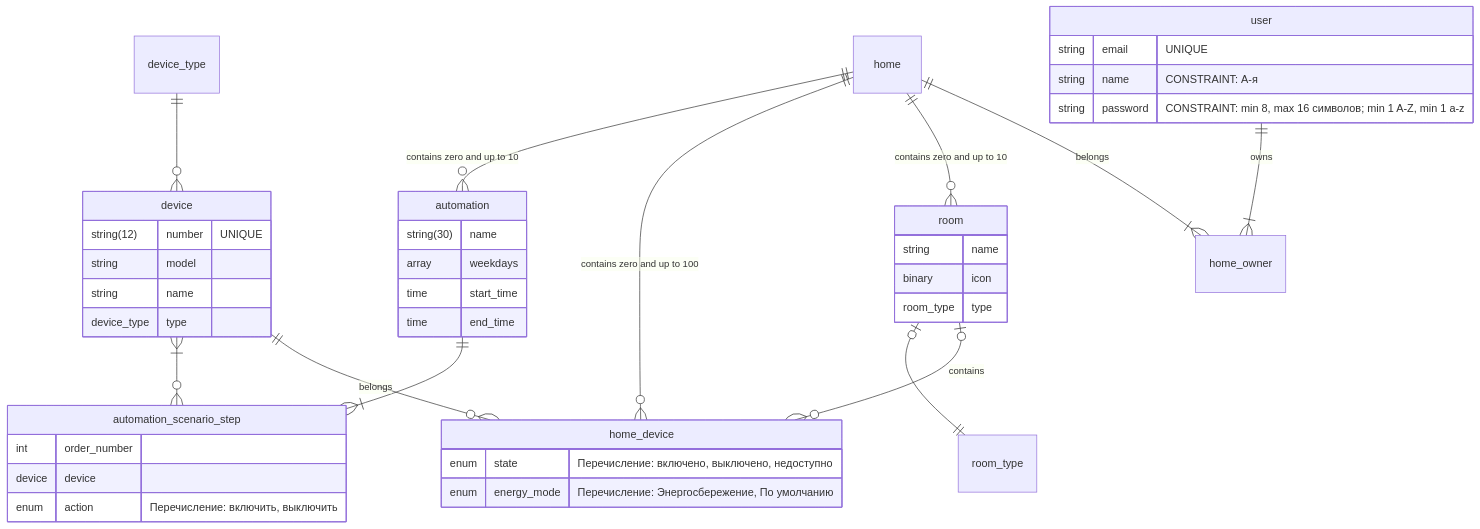
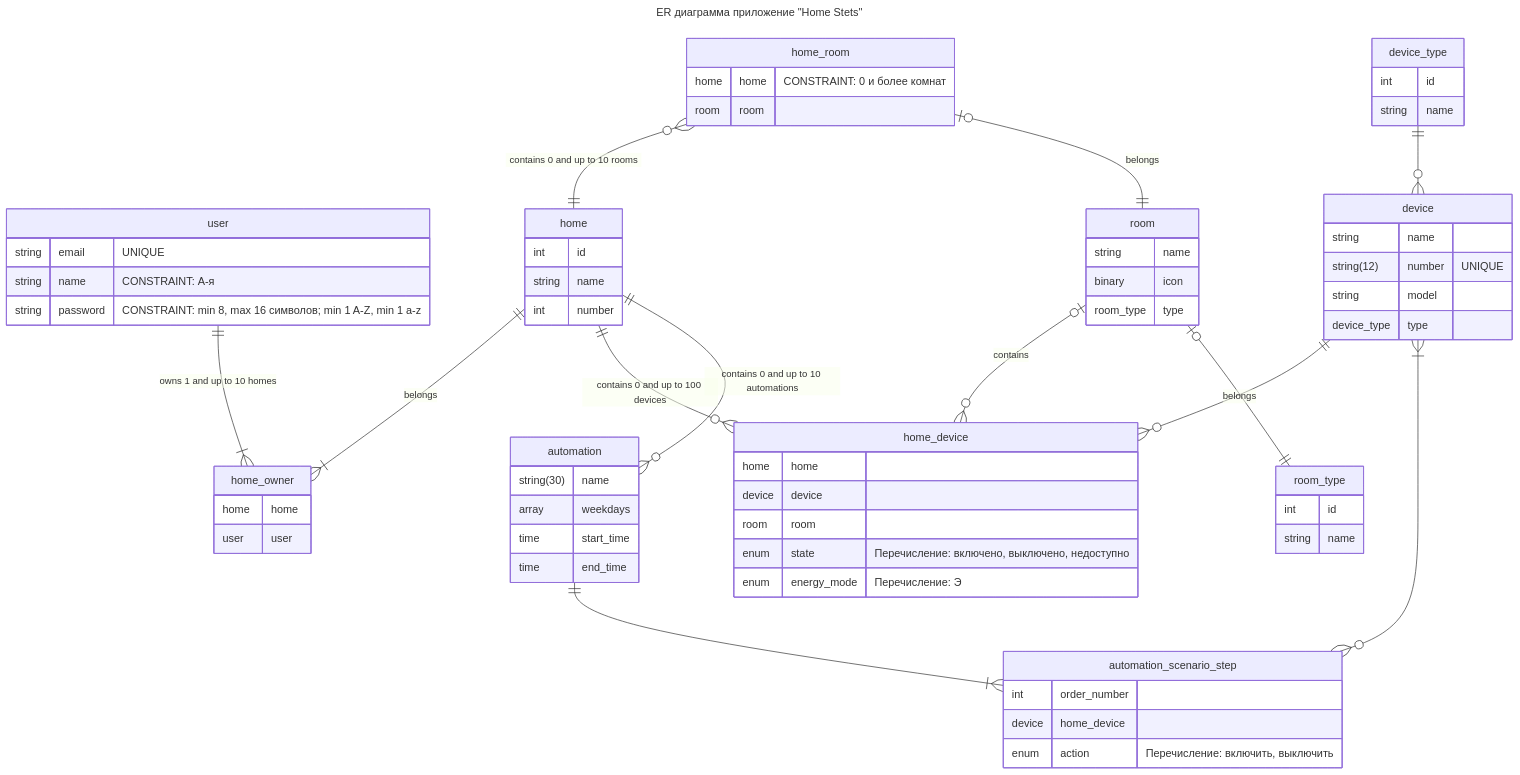
One commit to oleshko-g/sa_cases changed the diagram in HARD/yandex-practicum-diploma-project/# spec.md. Above: the diagram before and after it, drawn with Mermaid. The commit also changed other lines of this file, not shown here.

Commit message:
Доработать словарь данных && Доработать ERD

````diff
--- a/HARD/yandex-practicum-diploma-project/# spec.md
+++ b/HARD/yandex-practicum-diploma-project/# spec.md
@@ -31,54 +34,89 @@
 ```mermaid
+---
+   title: ER диаграмма приложение "Home Stets"
+---
 erDiagram
    user {
-      string email "UNIQUE"
-      string name "CONSTRAINT: А-я"
-      string password "CONSTRAINT: min 8, max 16 символов; min 1 A-Z, min 1 a-z"
+      string      email "UNIQUE"
+      string      name "CONSTRAINT: А-я"
+      string      password "CONSTRAINT: min 8, max 16 символов; min 1 A-Z, min 1 a-z"
    }
-   room { 
-      string name
-      binary icon
-      room_type type
+
+   home {
+      int         id
+      string      name
+      int         number
    }
-   room_type {}
+
+   home_owner {
+      home        home
+      user        user
+   }
+
+   device_type {
+      int         id
+      string      name
+   }
+
    device {
-      string(12) number "UNIQUE"
-      string model
-      string name
+      string      name
+      string(12)  number "UNIQUE"
+      string      model
       device_type type
    }
-   home {}
-   automation {
-      string(30) name
-      array weekdays
-      time start_time
-      time end_time
-   }
-   automation_scenario_step {
-      int order_number
-      device device
-      enum action "Перечисление: включить, выключить"
-   }
-   home_owner {}
+
+
    home_device {
-   enum state "Перечисление: включено, выключено, недоступно"
-   enum energy_mode "Перечисление: Энергосбережение, По умолчанию"
+      home        home
+      device      device
+      room        room
+      enum        state "Перечисление: включено, выключено, недоступно"
+      enum        energy_mode "Перечисление: Э"
    }
 
-   device_type
+   room_type {
+      int         id
+      string      name
+   }
 
-   user ||--|{ home_owner : owns
+   room {      
+      string      name
+      binary      icon
+      room_type   type
+   }
+
+   home_room {
+      home home "CONSTRAINT: 0 и более комнат"
+      room room 
+   }
+   
+   automation {
+      string(30)  name
+      array       weekdays
+      time        start_time
+      time        end_time
+   }
+
+   automation_scenario_step {
+      int         order_number
+      device      home_device
+      enum        action "Перечисление: включить, выключить"
+   }
+
+
+   user ||--|{ home_owner : "owns 1 and up to 10 homes"
    home ||--|{ home_owner : belongs
 
-   home ||--o{ room : "contains zero and up to 10"
+   home_room }o--|| home : "contains 0 and up to 10 rooms"
+   home_room |o--|| room : "belongs"
    room |o--o{ home_device : "contains"
    room |o--|| room_type : ""
 
    device ||--o{ home_device : belongs
    device_type ||--o{ device : ""
-   home ||--o{ home_device : "contains zero and up to 100"
+   home ||--o{ home_device : "contains 0 and up to 100 devices"
 
-   home ||--o{ automation : "contains zero and up to 10"
+   home ||--o{ automation : "contains 0 and up to 10 automations"
 
    automation ||--|{ automation_scenario_step : ""
    device }|--o{ automation_scenario_step : ""
````
